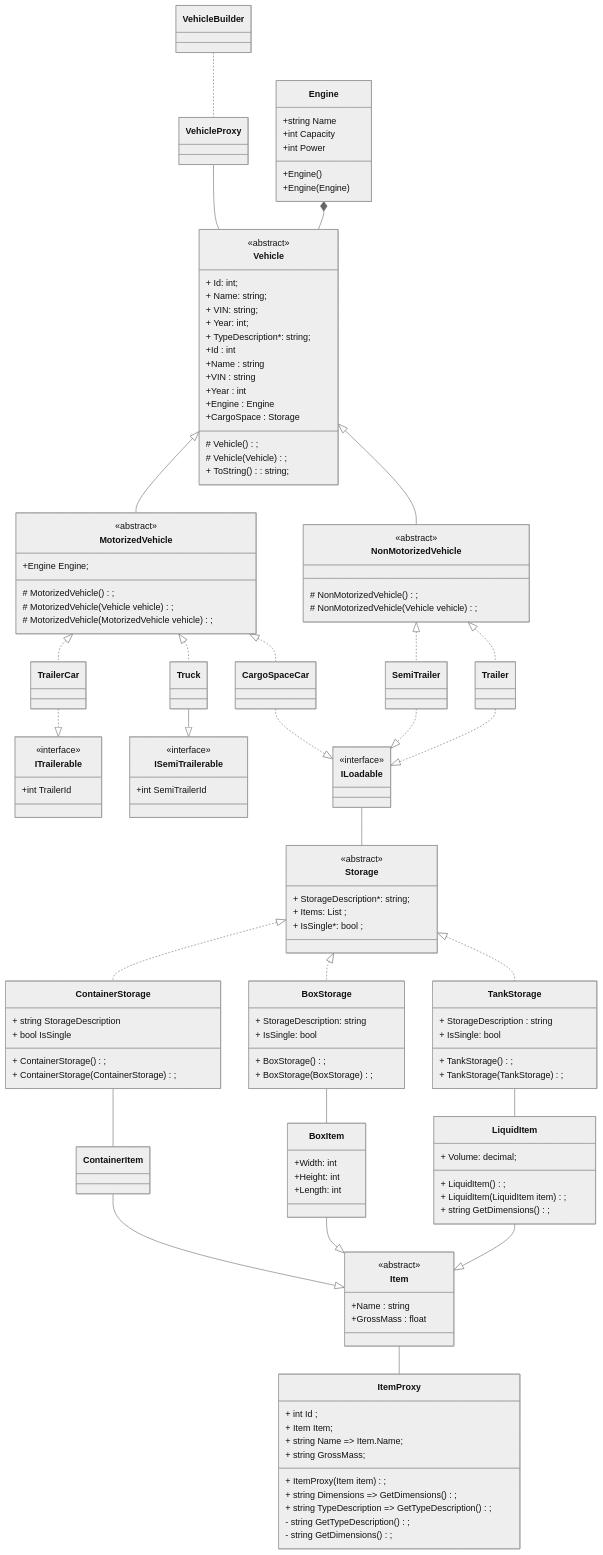
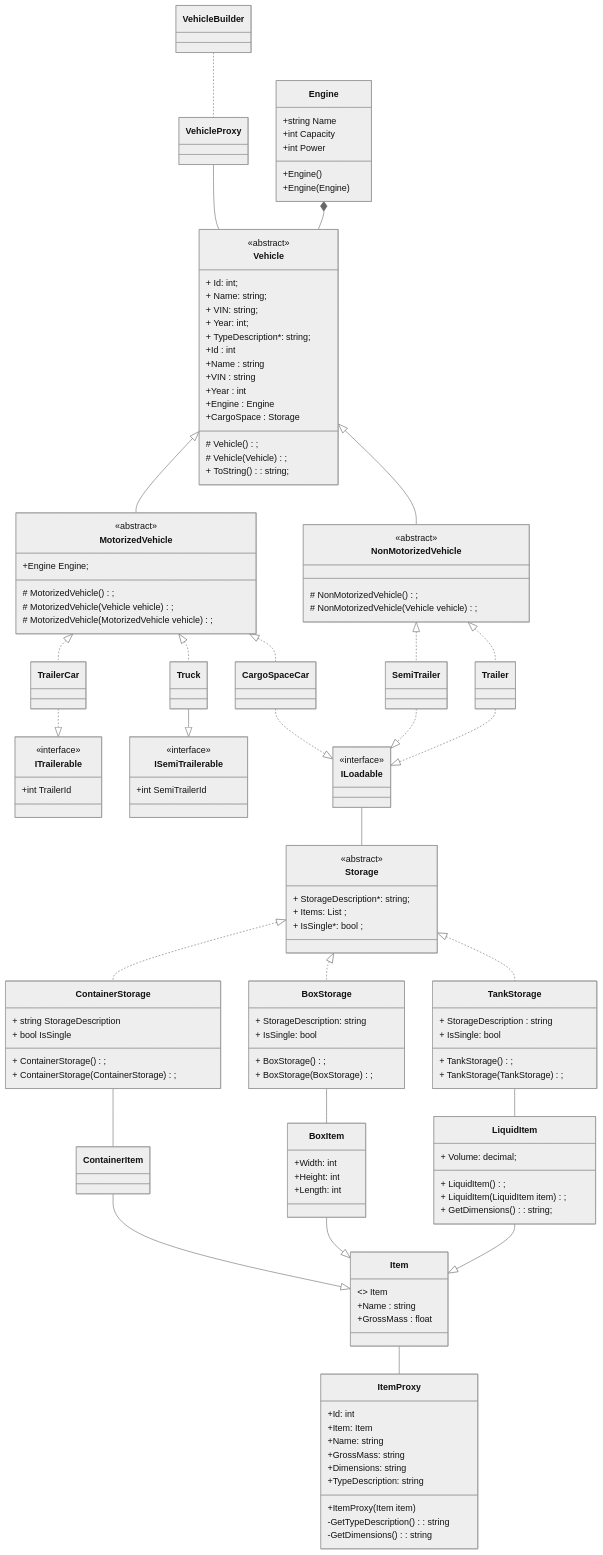
Before and after one commit to Ch3shireDev/WIT-Zajecia: the second of 7 diagrams in semestr-5/Inzynieria oprogramowania/lab/specyfikacja_wymagan_v0_0_7.md, drawn with Mermaid (neutral theme). The commit also changed other lines of this file and 8 other files, not shown here.

```diff
--- a/semestr-5/Inzynieria oprogramowania/lab/specyfikacja_wymagan_v0_0_7.md
+++ b/semestr-5/Inzynieria oprogramowania/lab/specyfikacja_wymagan_v0_0_7.md
@@ -377,6 +377,7 @@
 }
 
 class Item{
+  <<abstract>> Item
   +Name : string
   +GrossMass : float
 }
@@ -384,8 +385,8 @@
 class LiquidItem{
     + LiquidItem();
     + LiquidItem(LiquidItem item) ;
-    +  Volume: decimal;
-    + string GetDimensions();
+    + Volume: decimal;
+    + GetDimensions(): string;
 }
 
 class BoxItem{
@@ -394,34 +395,32 @@
   +Length: int
 }
 
-    <<abstract>> Item
+ContainerStorage -- ContainerItem
+BoxStorage -- BoxItem
+TankStorage -- LiquidItem
+ContainerItem --|> Item
+BoxItem --|> Item
+LiquidItem --|> Item
 
-    ContainerStorage -- ContainerItem
-    BoxStorage -- BoxItem
-    TankStorage -- LiquidItem
-    ContainerItem --|> Item
-    BoxItem --|> Item
-    LiquidItem --|> Item
-
-    class Vehicle{
-      +Id : int
-      +Name : string
-      +VIN : string
-      +Year : int
-      +Engine : Engine
-      +CargoSpace : Storage
-    }
+class Vehicle{
+  +Id : int
+  +Name : string
+  +VIN : string
+  +Year : int
+  +Engine : Engine
+  +CargoSpace : Storage
+}
 
 class ItemProxy{
-    + int Id ;
-    + ItemProxy(Item item);
-    + Item Item;
-    + string Name => Item.Name;
-    + string GrossMass;
-    + string Dimensions => GetDimensions();
-    + string TypeDescription => GetTypeDescription();
-    - string GetTypeDescription();
-    - string GetDimensions();
+    +Id: int
+    +ItemProxy(Item item)
+    +Item: Item
+    +Name: string
+    +GrossMass: string
+    +Dimensions: string
+    +TypeDescription: string
+    -GetTypeDescription(): string
+    -GetDimensions(): string
 }
 
 Item -- ItemProxy
```
